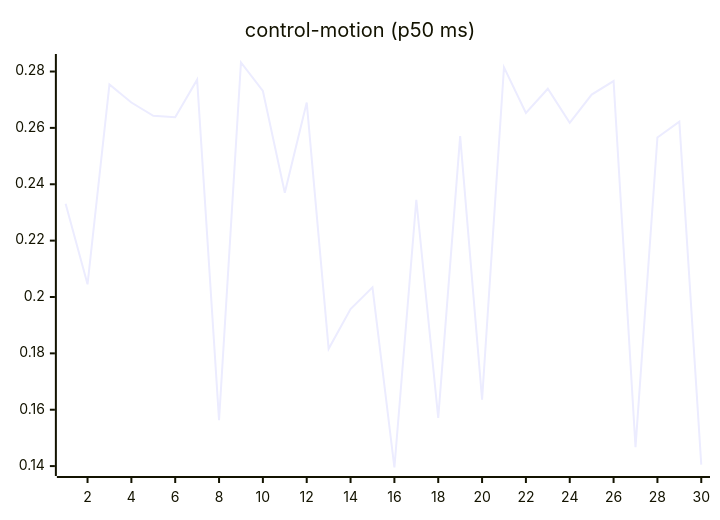
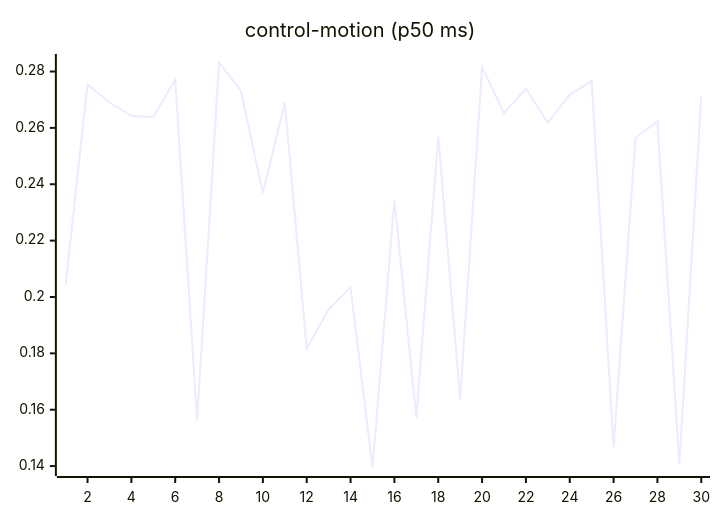
The seventh of 27 diagrams in README.md (josha/Facet), drawn with Mermaid before and after one commit. The commit also changed other lines of this file and 2 other files, not shown here.

````diff
--- a/README.md
+++ b/README.md
@@ -105,6 +105,6 @@
 ```mermaid
 xychart-beta
     title "control-motion (p50 ms)"
     x-axis 1 --> 30
-    line [0.2331, 0.2045, 0.2754, 0.2690, 0.2643, 0.2638, 0.2771, 0.1563, 0.2832, 0.2731, 0.2370, 0.2690, 0.1816, 0.1957, 0.2034, 0.1395, 0.2345, 0.1571, 0.2571, 0.1636, 0.2815, 0.2653, 0.2739, 0.2618, 0.2718, 0.2766, 0.1467, 0.2566, 0.2622, 0.1405]
+    line [0.2045, 0.2754, 0.2690, 0.2643, 0.2638, 0.2771, 0.1563, 0.2832, 0.2731, 0.2370, 0.2690, 0.1816, 0.1957, 0.2034, 0.1395, 0.2345, 0.1571, 0.2571, 0.1636, 0.2815, 0.2653, 0.2739, 0.2618, 0.2718, 0.2766, 0.1467, 0.2566, 0.2622, 0.1405, 0.2712]
 ```
````
